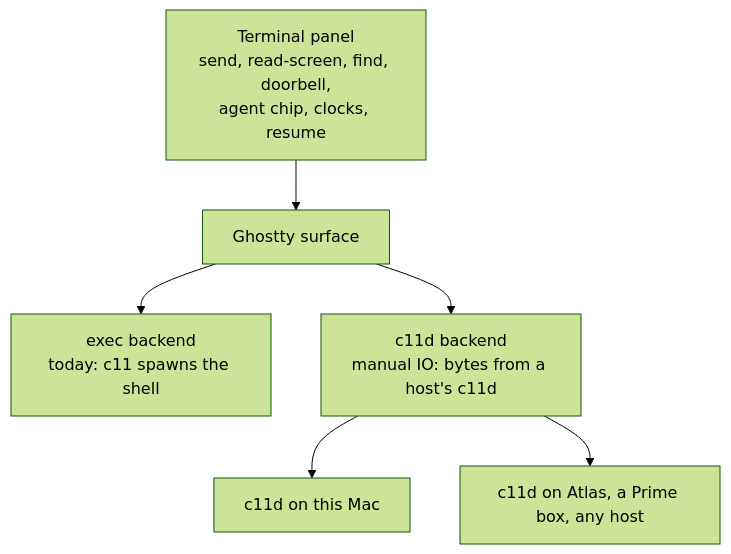
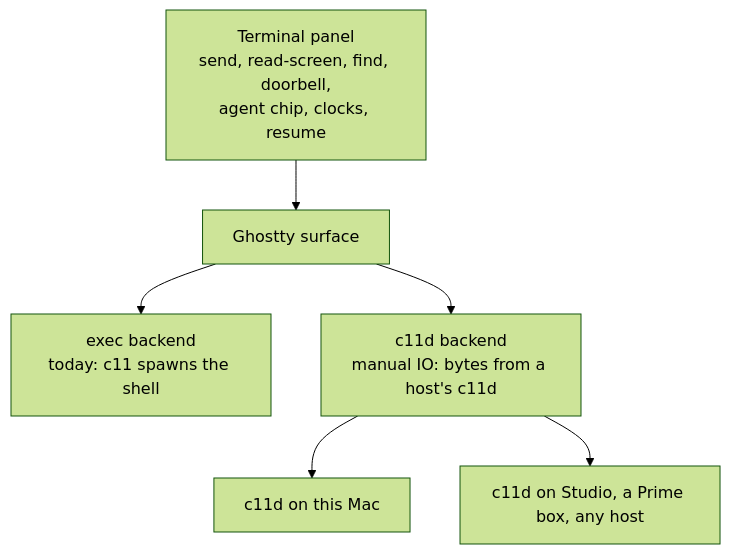
The third of 7 diagrams in docs/c11v-design.md (Stage-11-Agentics/c11), drawn with Mermaid (forest theme) before and after one commit. The commit also changed other lines of this file and 1248 other files, not shown here.

````diff
--- a/docs/c11v-design.md
+++ b/docs/c11v-design.md
@@ -86,8 +86,8 @@
 ```mermaid
 flowchart TB
   P["Terminal panel<br/>send, read-screen, find, doorbell,<br/>agent chip, clocks, resume"] --> S["Ghostty surface"]
   S --> E["exec backend<br/>today: c11 spawns the shell"]
   S --> M["c11d backend<br/>manual IO: bytes from a host's c11d"]
   M --> L["c11d on this Mac"]
-  M --> R["c11d on Atlas, a Prime box, any host"]
+  M --> R["c11d on Studio, a Prime box, any host"]
 ```
````
